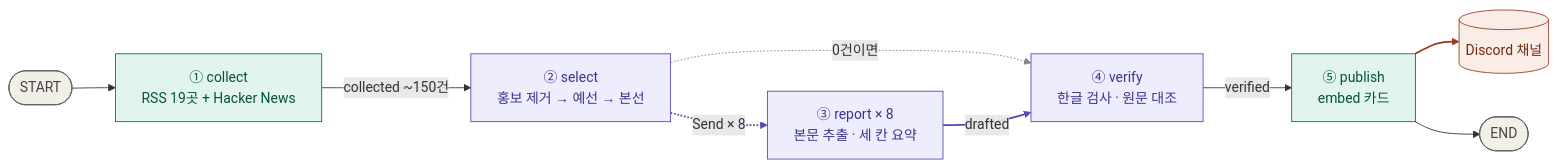
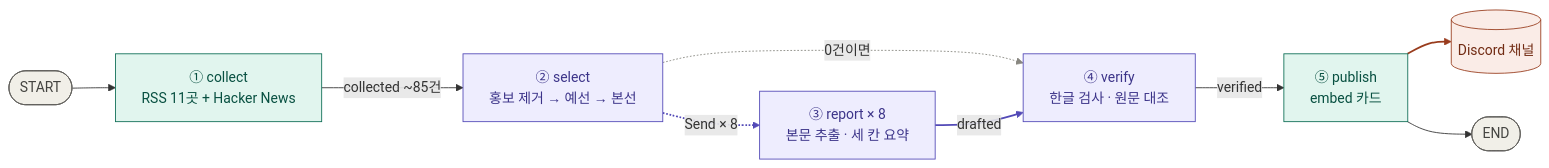
One commit to rome777/newsletter-agent changed the diagram in README.md. Above: the diagram before and after it, drawn with Mermaid. The commit also changed other lines of this file and 12 other files, not shown here.

````diff
--- a/README.md
+++ b/README.md
@@ -17,25 +18,25 @@
 ```mermaid
 flowchart LR
-    S([START]) --> C["① collect<br/>RSS 19곳 + Hacker News"]
-    C -->|collected ~150건| SE["② select<br/>홍보 제거 → 예선 → 본선"]
+    S([START]) --> C["① collect<br/>RSS 11곳 + Hacker News"]
+    C -->|collected ~85건| SE["② select<br/>홍보 제거 → 예선 → 본선"]
     SE -.->|Send × 8| R["③ report × 8<br/>본문 추출 · 세 칸 요약"]
     SE -.->|0건이면| V
     R -->|drafted| V["④ verify<br/>한글 검사 · 원문 대조"]
     V -->|verified| P["⑤ publish<br/>embed 카드"]
     P --> D[("Discord 채널")]
     P --> E([END])
 
     classDef llm fill:#EEEDFE,stroke:#534AB7,color:#3C3489
     classDef code fill:#E1F5EE,stroke:#0F6E56,color:#085041
     classDef out fill:#FAECE7,stroke:#993C1D,color:#712B13
     classDef term fill:#F1EFE8,stroke:#5F5E5A,color:#444441
     class SE,R,V llm
     class C,P code
     class D out
     class S,E term
 
     linkStyle 2 stroke:#534AB7,stroke-width:2px
     linkStyle 3 stroke:#888780
     linkStyle 4 stroke:#534AB7,stroke-width:2px
     linkStyle 6 stroke:#993C1D,stroke-width:2px
 ```
````
